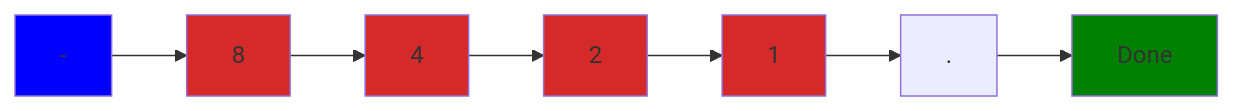
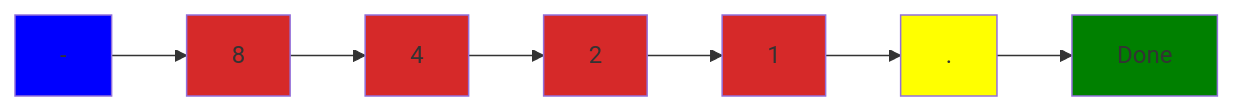
The first of 4 diagrams in README.md (Lucas-Ferro/arithmetic_nested_calculations), drawn with Mermaid before and after one commit. The commit also changed other lines of this file, not shown here.

````diff
--- a/README.md
+++ b/README.md
@@ -29,17 +29,17 @@
 	``` mermaid
 	flowchart LR 
 	- --> 8  
 	8 --> 4  
 	4 --> 2
 	2 --> 1
 	1 --> .
 	. --> Done
 	
 	style - fill:blue;
 	style 8 fill:#d62929;
 	style 4 fill:#d62929;
 	style 2 fill:#d62929;
 	style 1 fill:#d62929;
-	style . fill:#yellow;
+	style . fill:yellow;
 	style Done fill:green;
 	```
````
